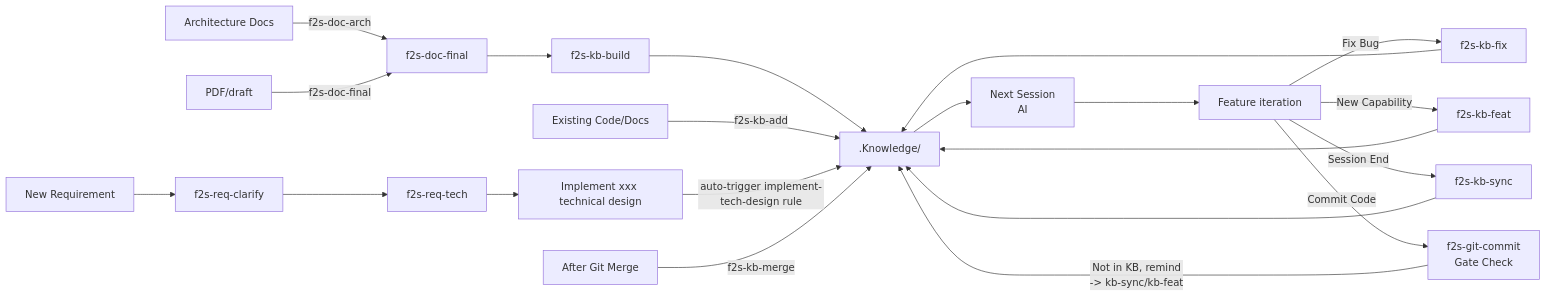
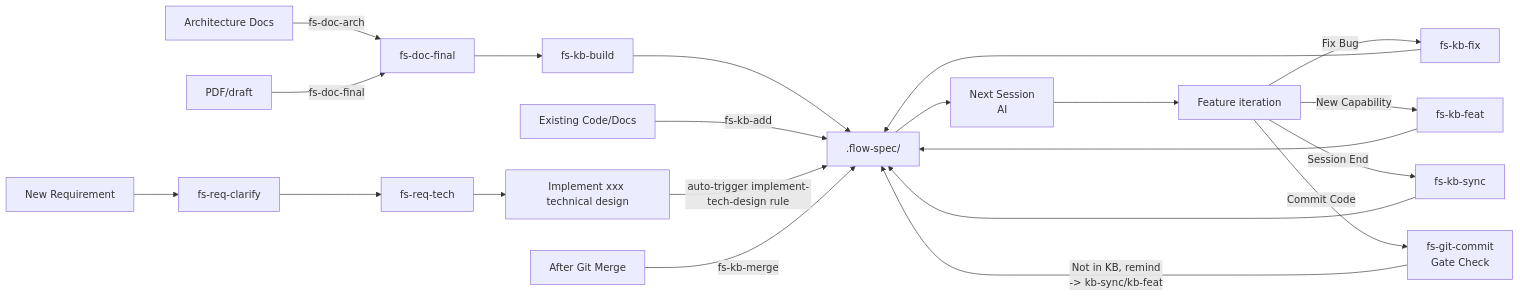
The third of 7 diagrams in docs/en/design-principles.md (double-coding-lab/Flow2Spec), drawn with Mermaid before and after one commit. The commit also changed other lines of this file and 543 other files, not shown here.

Commit message:
♻️ refactor: 统一 flow-spec 命名与知识库路径

````diff
--- a/docs/en/design-principles.md
+++ b/docs/en/design-principles.md
@@ -108,22 +108,22 @@
 ```mermaid
 graph LR
-    K[".Knowledge/"] --> AI["Next Session\nAI"]
+    K[".flow-spec/"] --> AI["Next Session\nAI"]
     AI --> C["Feature iteration"]
 
-    C -->|"Fix Bug"| FIX["f2s-kb-fix"] --> K
-    C -->|"New Capability"| FEAT["f2s-kb-feat"] --> K
-    C -->|"Session End"| SYNC["f2s-kb-sync"] --> K
-    C -->|"Commit Code"| CMT["f2s-git-commit\nGate Check"]
+    C -->|"Fix Bug"| FIX["fs-kb-fix"] --> K
+    C -->|"New Capability"| FEAT["fs-kb-feat"] --> K
+    C -->|"Session End"| SYNC["fs-kb-sync"] --> K
+    C -->|"Commit Code"| CMT["fs-git-commit\nGate Check"]
     CMT -->|"Not in KB, remind\n-> kb-sync/kb-feat"| K
 
-    D1["Architecture Docs"] -->|f2s-doc-arch| FIN["f2s-doc-final"]
-    D2["PDF/draft"] -->|f2s-doc-final| FIN
-    FIN --> CTX["f2s-kb-build"] --> K
+    D1["Architecture Docs"] -->|fs-doc-arch| FIN["fs-doc-final"]
+    D2["PDF/draft"] -->|fs-doc-final| FIN
+    FIN --> CTX["fs-kb-build"] --> K
 
-    OLD["Existing Code/Docs"] -->|f2s-kb-add| K
+    OLD["Existing Code/Docs"] -->|fs-kb-add| K
 
-    NR["New Requirement"] --> CL["f2s-req-clarify"] --> BE["f2s-req-tech"]
+    NR["New Requirement"] --> CL["fs-req-clarify"] --> BE["fs-req-tech"]
     BE --> IMPL["Implement xxx technical design"] -->|auto-trigger implement-tech-design rule| K
 
-    GIT["After Git Merge"] -->|f2s-kb-merge| K
+    GIT["After Git Merge"] -->|fs-kb-merge| K
 ```
````
